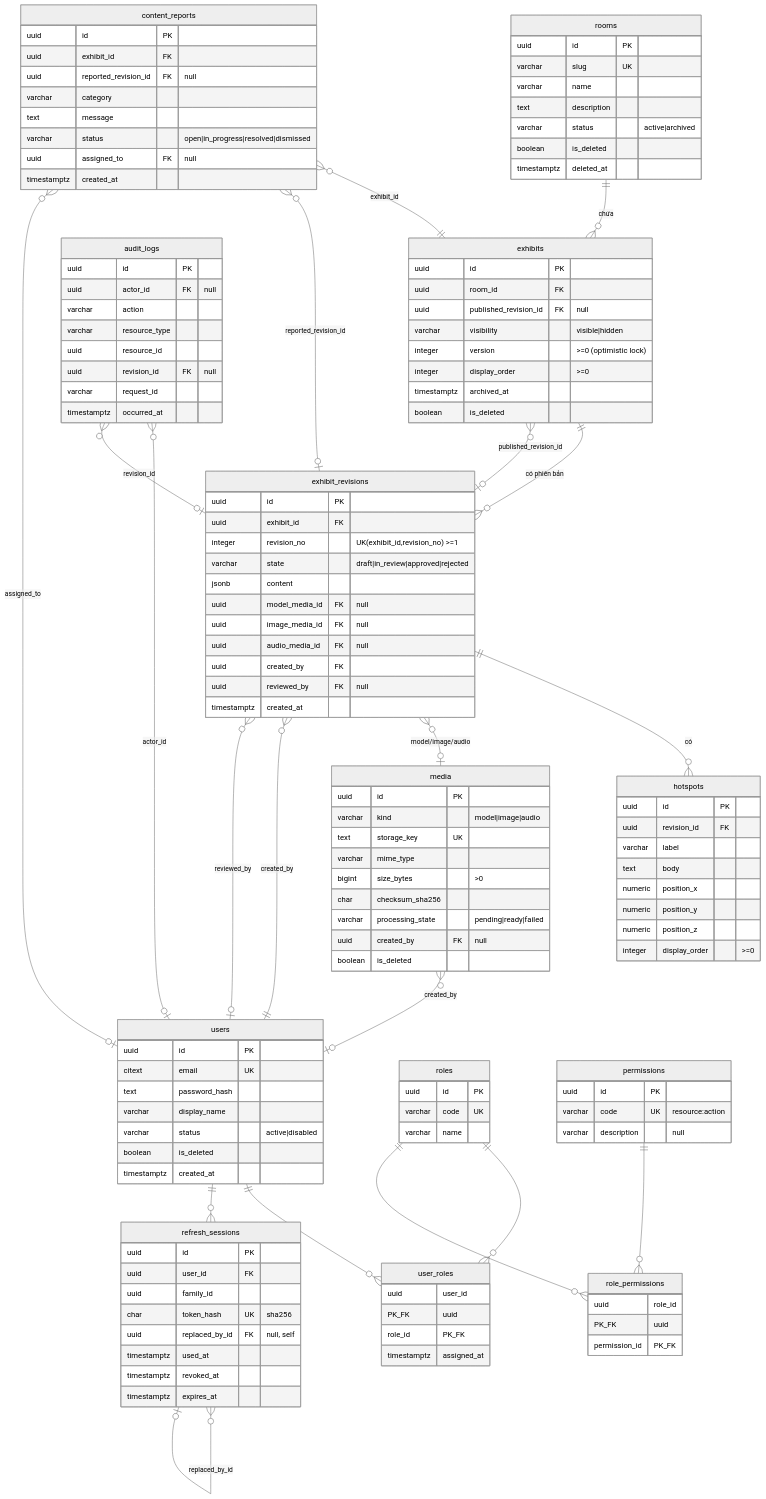
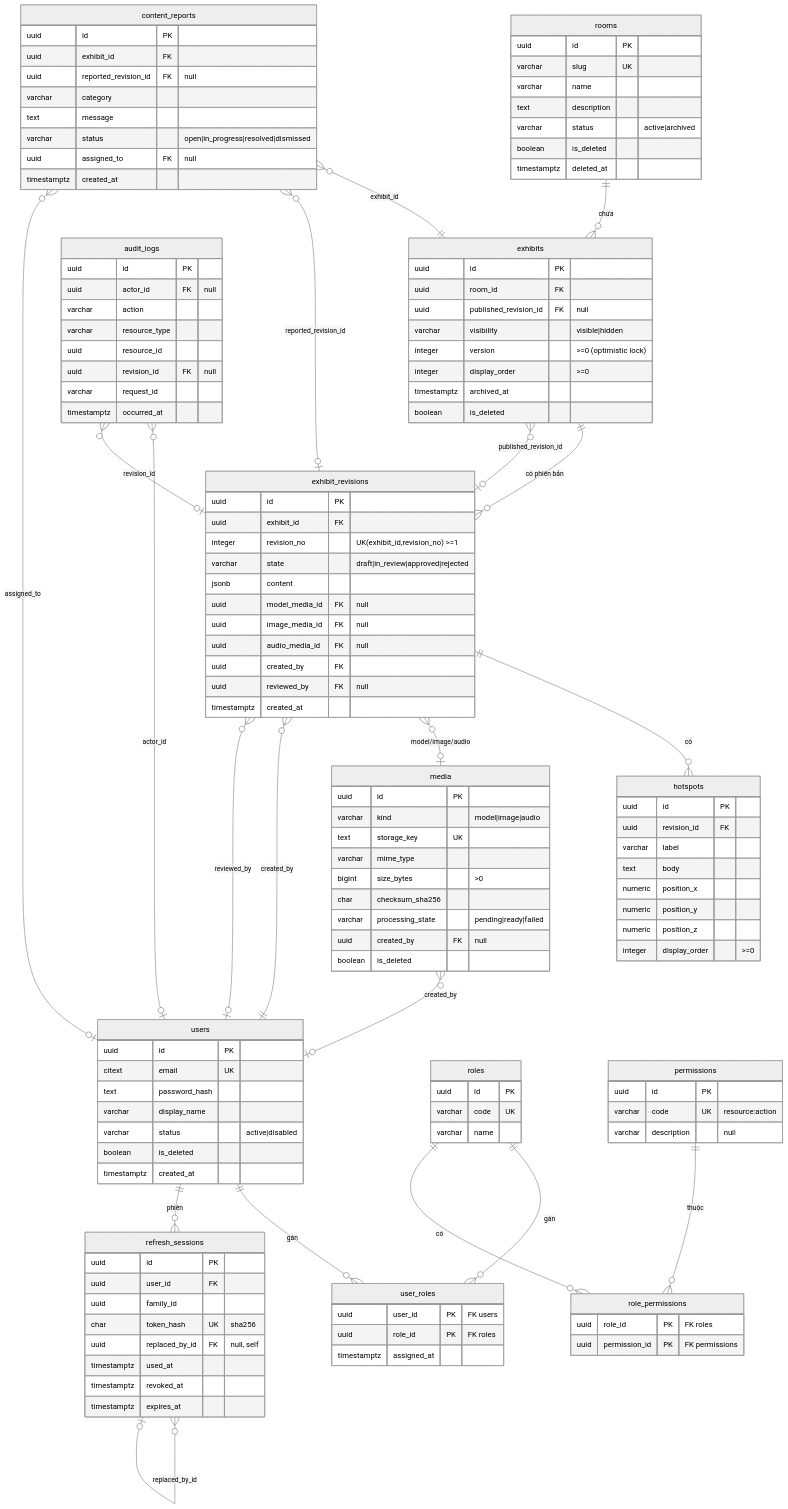
The diagram in docs/Diagrams/01-erd.md (ailabs26/ailabs-museum), drawn with Mermaid (neutral theme) before and after one commit.

Commit message:
fix(diagrams): sửa cú pháp Mermaid erDiagram (bỏ PK_FK, nhãn quan hệ không rỗng)
- Thay key PK_FK (không hợp lệ) bằng PK kèm chú thích FK trong user_roles/role_permissions.
- Đặt nhãn cho các quan hệ trước đó để rỗng để Mermaid parse đúng.

```diff
--- a/docs/Diagrams/01-erd.md
+++ b/docs/Diagrams/01-erd.md
@@ -19,11 +19,11 @@
     content_reports }o--o| users : "assigned_to"
     audit_logs }o--o| users : "actor_id"
     audit_logs }o--o| exhibit_revisions : "revision_id"
-    users ||--o{ user_roles : ""
-    roles ||--o{ user_roles : ""
-    roles ||--o{ role_permissions : ""
-    permissions ||--o{ role_permissions : ""
-    users ||--o{ refresh_sessions : ""
+    users ||--o{ user_roles : "gán"
+    roles ||--o{ user_roles : "gán"
+    roles ||--o{ role_permissions : "có"
+    permissions ||--o{ role_permissions : "thuộc"
+    users ||--o{ refresh_sessions : "phiên"
     refresh_sessions }o--o| refresh_sessions : "replaced_by_id"
 
     rooms {
@@ -99,13 +99,13 @@
         varchar description "null"
     }
     user_roles {
-        uuid user_id PK_FK
-        uuid role_id PK_FK
+        uuid user_id PK "FK users"
+        uuid role_id PK "FK roles"
         timestamptz assigned_at
     }
     role_permissions {
-        uuid role_id PK_FK
-        uuid permission_id PK_FK
+        uuid role_id PK "FK roles"
+        uuid permission_id PK "FK permissions"
     }
     refresh_sessions {
         uuid id PK
```
